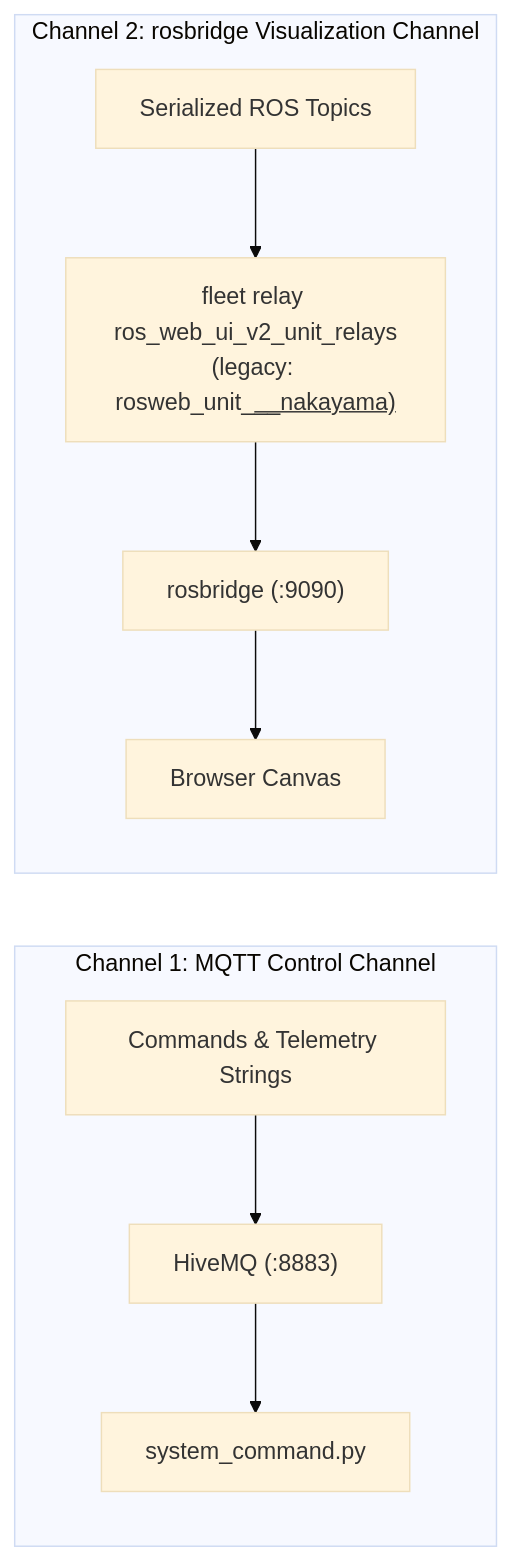
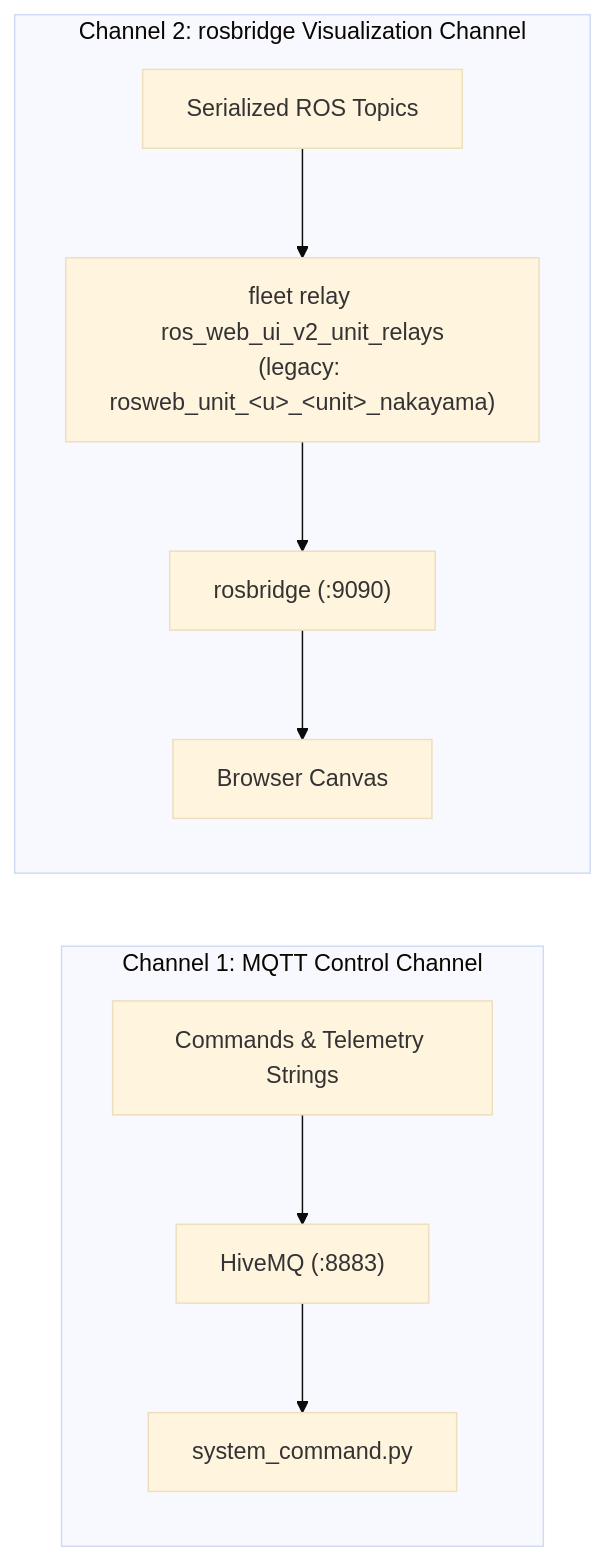
One commit to itbdelaboprogramming/msd700_documentation changed the second of 7 diagrams in docs/development/architecture.md. Above: the diagram before and after it, drawn with Mermaid (base theme). The commit also changed other lines of this file and 148 other files, not shown here.

First line of the commit message:
docs: render all mermaid diagrams to static draw.io-style PNGs

````diff
--- a/docs/development/architecture.md
+++ b/docs/development/architecture.md
@@ -110,10 +110,10 @@
 ```mermaid
 flowchart LR
   subgraph Channel1["Channel 1: MQTT Control Channel"]
     M1["Commands & Telemetry Strings"] --> M2["HiveMQ (:8883)"] --> M3["system_command.py"]
   end
 
   subgraph Channel2["Channel 2: rosbridge Visualization Channel"]
-    R1["Serialized ROS Topics"] --> R2["fleet relay ros_web_ui_v2_unit_relays<br/>(legacy: rosweb_unit_<u>_<unit>_nakayama)"] --> R3["rosbridge (:9090)"] --> R4["Browser Canvas"]
+    R1["Serialized ROS Topics"] --> R2["fleet relay ros_web_ui_v2_unit_relays<br/>(legacy: rosweb_unit_#lt;u#gt;_#lt;unit#gt;_nakayama)"] --> R3["rosbridge (:9090)"] --> R4["Browser Canvas"]
   end
 ```
````
